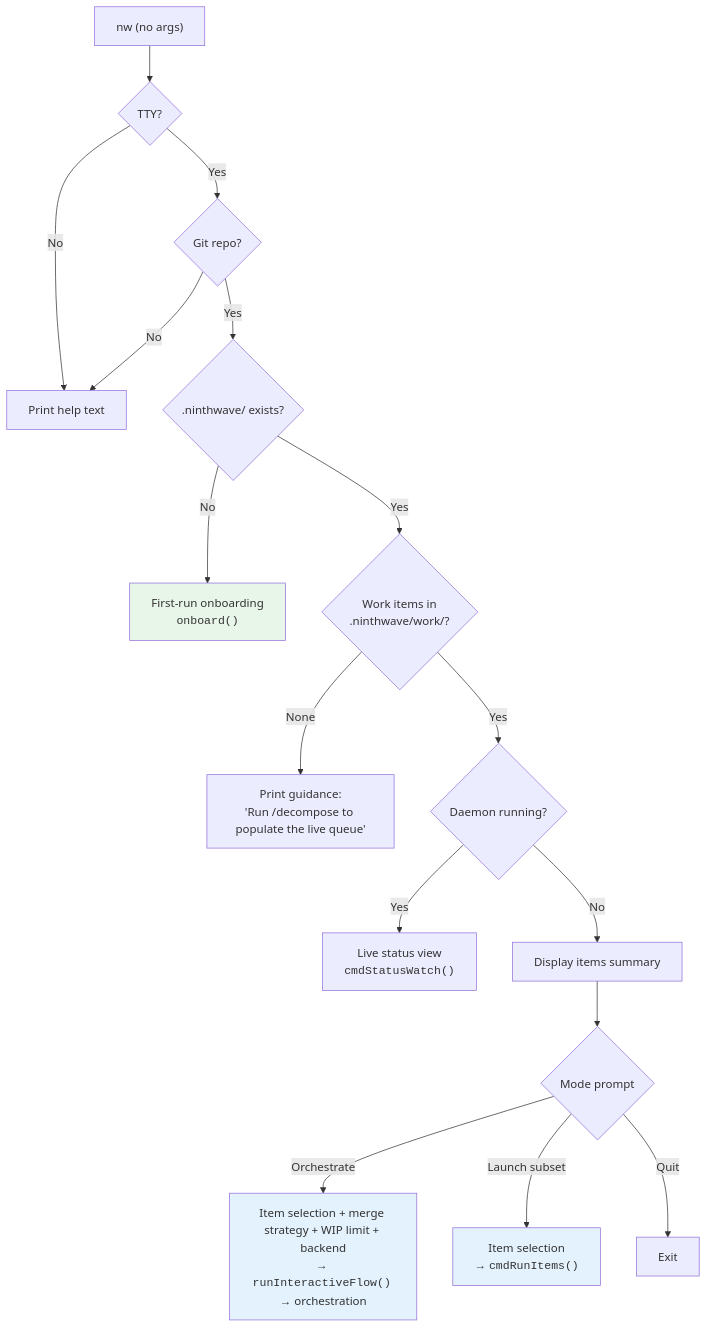
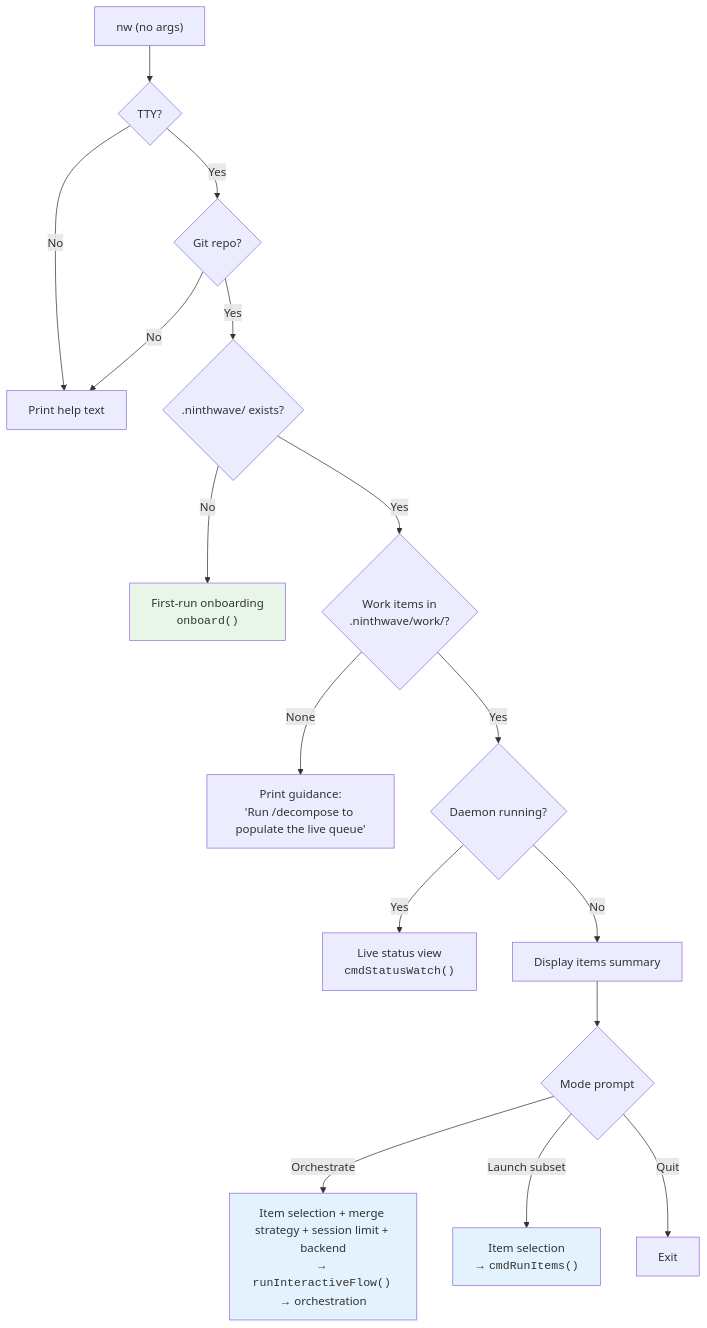
The first of 4 diagrams in docs/onboarding.md (roblambell/workflow-kit), drawn with Mermaid before and after one commit. The commit also changed other lines of this file and 52 other files, not shown here.

Commit message:
refactor: rename WIP limits to session limits

````diff
--- a/docs/onboarding.md
+++ b/docs/onboarding.md
@@ -25,22 +25,22 @@
 ```mermaid
 flowchart TD
     A["nw (no args)"] --> B{TTY?}
     B -->|No| C[Print help text]
     B -->|Yes| D{Git repo?}
     D -->|No| C
     D -->|Yes| E{".ninthwave/ exists?"}
     E -->|No| F["First-run onboarding<br/><code>onboard()</code>"]
     E -->|Yes| G{Work items in<br/>.ninthwave/work/?}
     G -->|None| H["Print guidance:<br/>'Run /decompose to populate the live queue'"]
     G -->|Yes| I{Daemon running?}
     I -->|Yes| J["Live status view<br/><code>cmdStatusWatch()</code>"]
     I -->|No| K[Display items summary]
     K --> L{Mode prompt}
-    L -->|Orchestrate| M["Item selection + merge strategy + WIP limit + backend<br/>→ <code>runInteractiveFlow()</code> → orchestration"]
+    L -->|Orchestrate| M["Item selection + merge strategy + session limit + backend<br/>→ <code>runInteractiveFlow()</code> → orchestration"]
     L -->|Launch subset| N["Item selection<br/>→ <code>cmdRunItems()</code>"]
     L -->|Quit| O[Exit]
 
     style F fill:#e8f5e9
     style M fill:#e3f2fd
     style N fill:#e3f2fd
 ```
````
